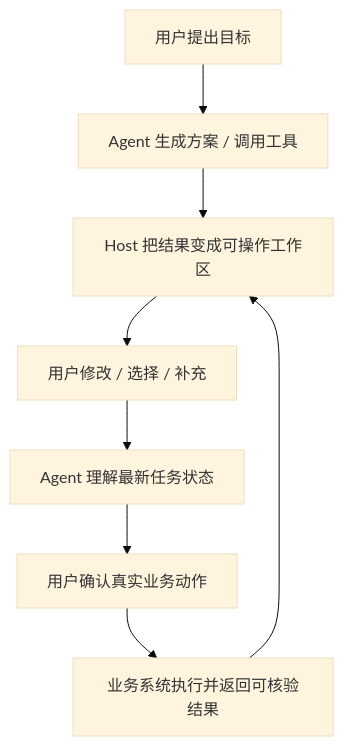
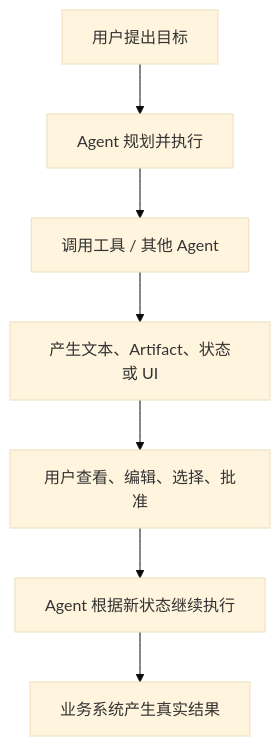
One commit to Nunchakus888/dossierkit changed the first of 19 diagrams in profiles/default/content/zh/notes/ag-ui-a2ui-agent-runtime-generative-ui-ai-native.mdx. Above: the diagram before and after it, drawn with Mermaid (base theme). The commit also changed other lines of this file, not shown here.

Commit message:
Update note: 从聊天框到 AI 原生交互：跨 Agent、跨平台的应用架构

```diff
--- a/profiles/default/content/zh/notes/ag-ui-a2ui-agent-runtime-generative-ui-ai-native.mdx
+++ b/profiles/default/content/zh/notes/ag-ui-a2ui-agent-runtime-generative-ui-ai-native.mdx
@@ -67,11 +61,10 @@
 ~~~mermaid
 flowchart TB
   A["用户提出目标"]
-  --> B["Agent 生成方案 / 调用工具"]
-  --> C["Host 把结果变成可操作工作区"]
-  --> D["用户修改 / 选择 / 补充"]
-  --> E["Agent 理解最新任务状态"]
-  --> F["用户确认真实业务动作"]
-  --> G["业务系统执行并返回可核验结果"]
-  --> C
+  --> B["Agent 规划并执行"]
+  --> C["调用工具 / 其他 Agent"]
+  --> D["产生文本、Artifact、状态或 UI"]
+  --> E["用户查看、编辑、选择、批准"]
+  --> F["Agent 根据新状态继续执行"]
+  --> G["业务系统产生真实结果"]
 ~~~
```
